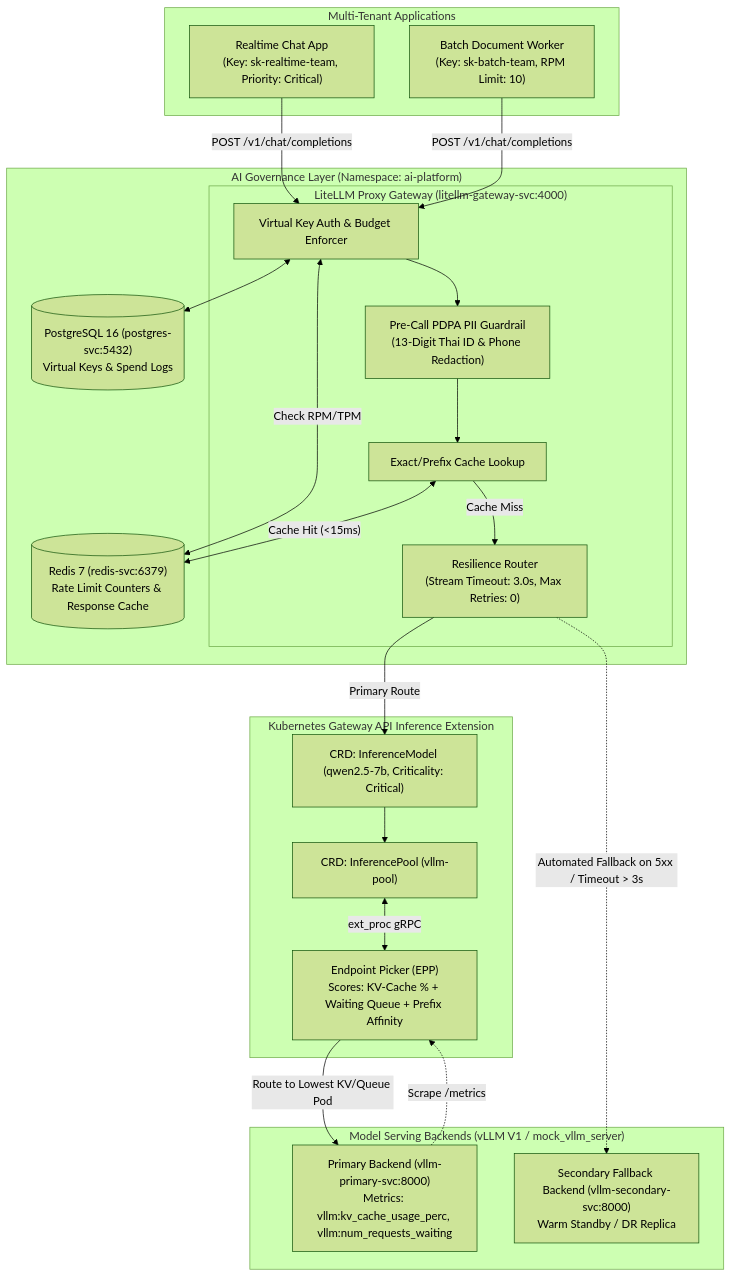
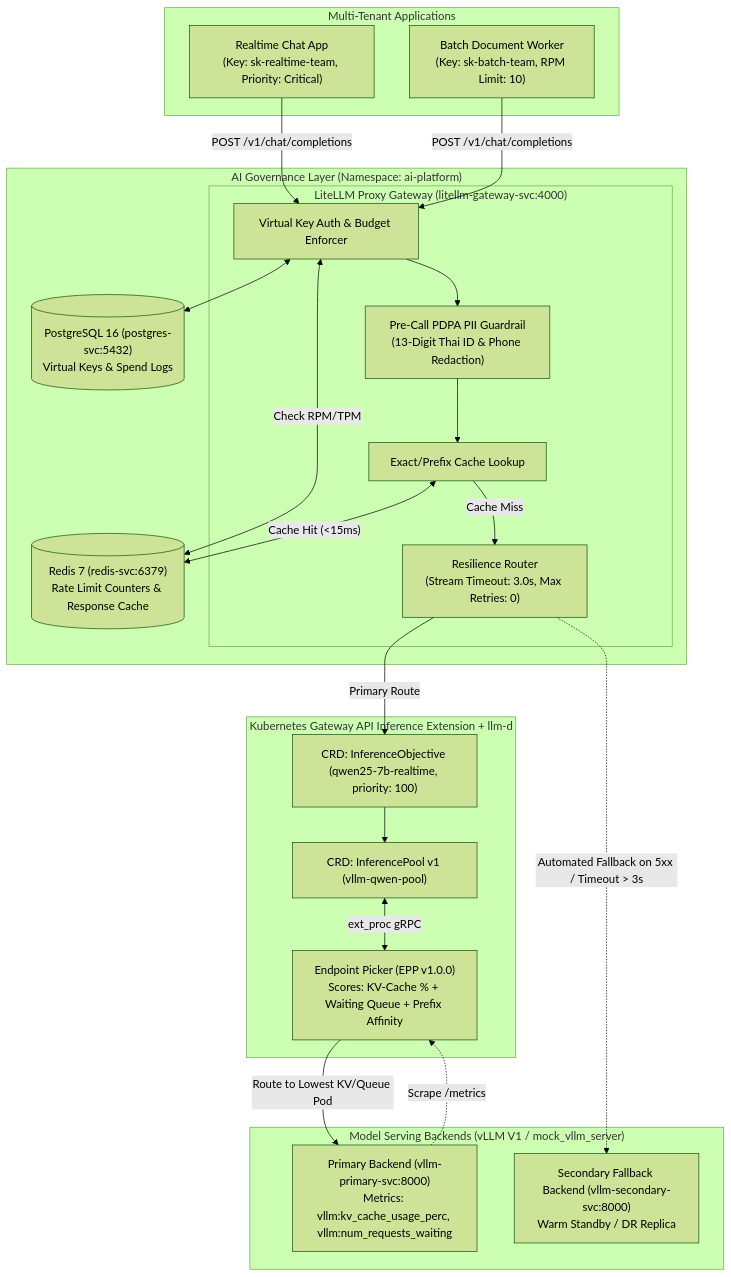
One commit to Csriyod001/handbook changed the diagram in chapters/04-ai-gateway-governance.md. Above: the diagram before and after it, drawn with Mermaid (forest theme). The commit also changed other lines of this file and 73 other files, not shown here.

````diff
--- a/chapters/04-ai-gateway-governance.md
+++ b/chapters/04-ai-gateway-governance.md
@@ -49,43 +49,43 @@
 ```mermaid
 flowchart TB
     subgraph Clients["Multi-Tenant Applications"]
         RT["Realtime Chat App\n(Key: sk-realtime-team, Priority: Critical)"]
         BT["Batch Document Worker\n(Key: sk-batch-team, RPM Limit: 10)"]
     end
 
     subgraph GovernanceLayer["AI Governance Layer (Namespace: ai-platform)"]
         subgraph LiteLLMPod["LiteLLM Proxy Gateway (litellm-gateway-svc:4000)"]
             Auth["Virtual Key Auth & Budget Enforcer"]
             PIIGuard["Pre-Call PDPA PII Guardrail\n(13-Digit Thai ID & Phone Redaction)"]
             CacheMod["Exact/Prefix Cache Lookup"]
             Router["Resilience Router\n(Stream Timeout: 3.0s, Max Retries: 0)"]
         end
         Redis[("Redis 7 (redis-svc:6379)\nRate Limit Counters & Response Cache")]
         Postgres[("PostgreSQL 16 (postgres-svc:5432)\nVirtual Keys & Spend Logs")]
     end
 
-    subgraph K8sInferenceExt["Kubernetes Gateway API Inference Extension"]
-        InfModel["CRD: InferenceModel (qwen2.5-7b, Criticality: Critical)"]
-        InfPool["CRD: InferencePool (vllm-pool)"]
-        EPP["Endpoint Picker (EPP)\nScores: KV-Cache % + Waiting Queue + Prefix Affinity"]
+    subgraph K8sInferenceExt["Kubernetes Gateway API Inference Extension + llm-d"]
+        InfModel["CRD: InferenceObjective (qwen25-7b-realtime, priority: 100)"]
+        InfPool["CRD: InferencePool v1 (vllm-qwen-pool)"]
+        EPP["Endpoint Picker (EPP v1.0.0)\nScores: KV-Cache % + Waiting Queue + Prefix Affinity"]
     end
 
     subgraph ServingBackends["Model Serving Backends (vLLM V1 / mock_vllm_server)"]
         Primary["Primary Backend (vllm-primary-svc:8000)\nMetrics: vllm:kv_cache_usage_perc, vllm:num_requests_waiting"]
         Secondary["Secondary Fallback Backend (vllm-secondary-svc:8000)\nWarm Standby / DR Replica"]
     end
 
     RT & BT -->|"POST /v1/chat/completions"| Auth
     Auth <--> Postgres
     Auth <-->|"Check RPM/TPM"| Redis
     Auth --> PIIGuard
     PIIGuard --> CacheMod
     CacheMod <-->|"Cache Hit (<15ms)"| Redis
     CacheMod -->|"Cache Miss"| Router
     Router -->|"Primary Route"| InfModel
     InfModel --> InfPool
     InfPool <-->|"ext_proc gRPC"| EPP
     EPP -->|"Route to Lowest KV/Queue Pod"| Primary
     Primary -.->|"Scrape /metrics"| EPP
     Router -.->|"Automated Fallback on 5xx / Timeout > 3s"| Secondary
 ```
````
